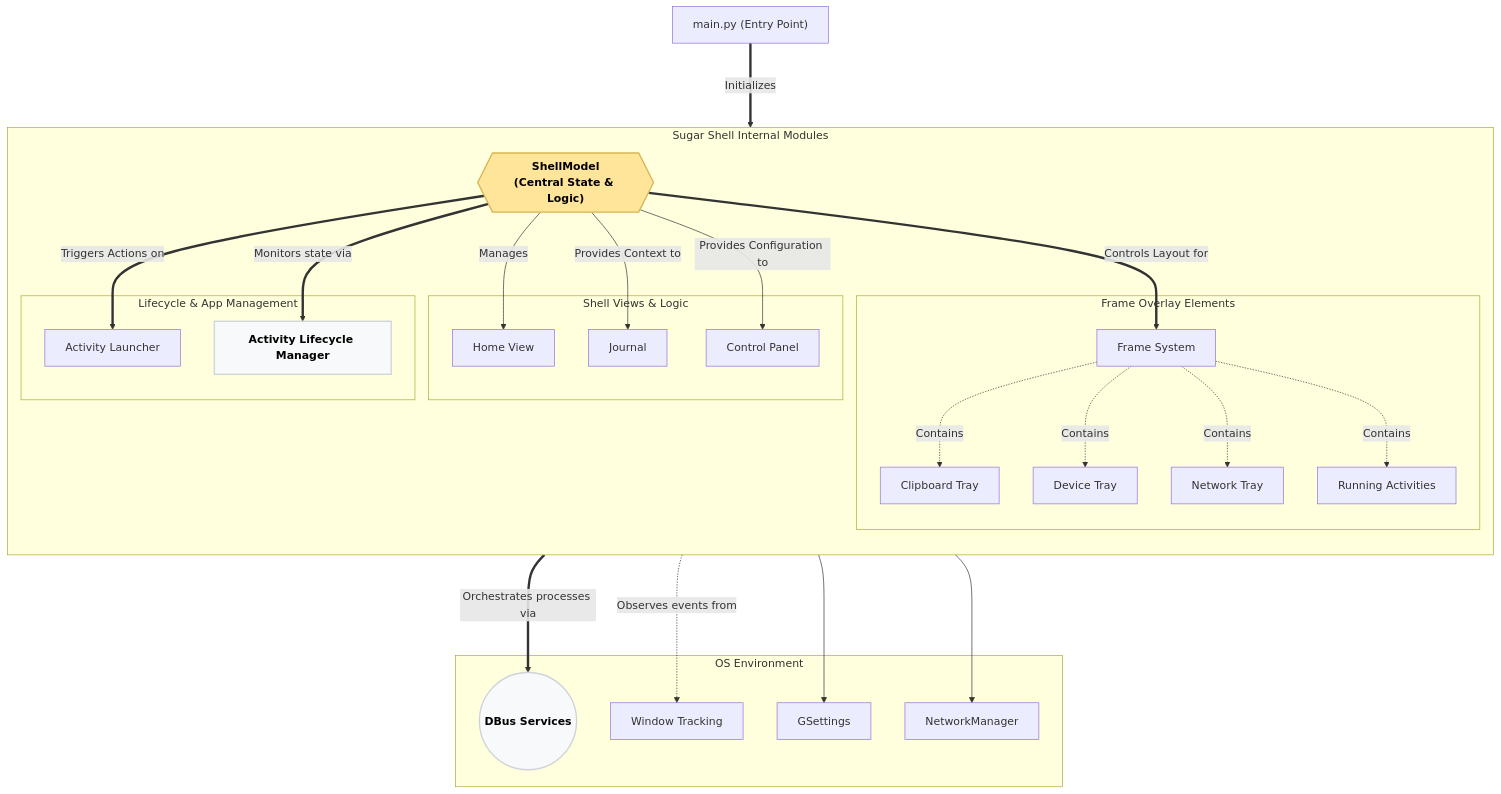
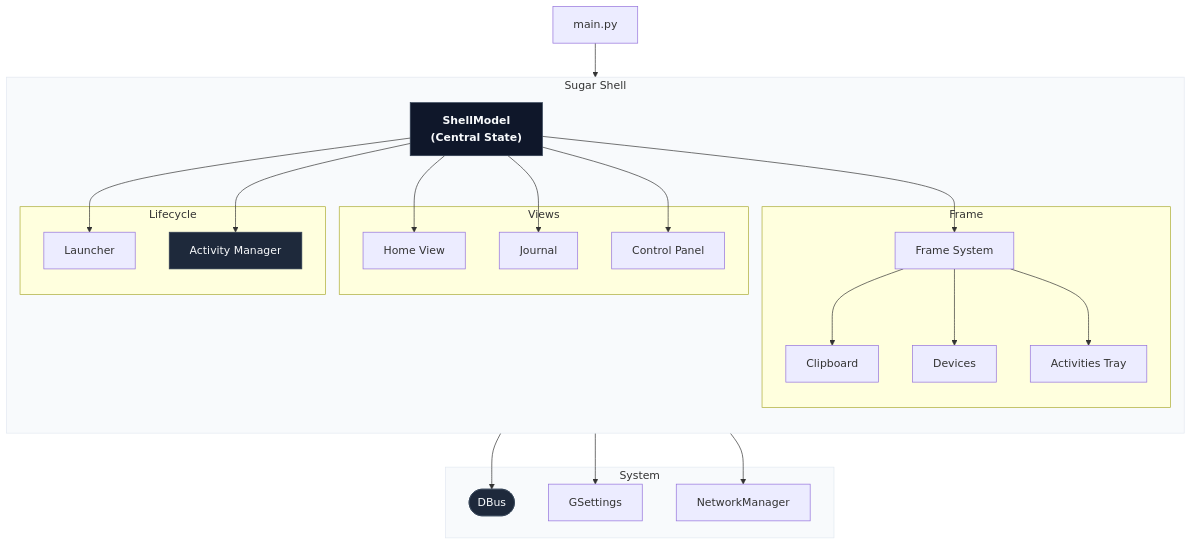
The fourth of 11 diagrams in proposal.md (Dev10-sys/sugar-proposal-gtk), drawn with Mermaid before and after one commit. The commit also changed other lines of this file, not shown here.

Commit message:
Refine diagram styles and formatting in proposal.md

````diff
--- a/proposal.md
+++ b/proposal.md
@@ -283,55 +289,53 @@
 ```mermaid
 flowchart TD
-    Main["main.py (Entry Point)"]
+    Main["main.py"]
 
-    subgraph Core ["Sugar Shell Internal Modules"]
+    subgraph Core ["Sugar Shell"]
         direction TB
-        ShellModel{{"ShellModel\n(Central State & Logic)"}}
+        ShellModel["ShellModel\n(Central State)"]
 
-        subgraph Views ["Shell Views & Logic"]
+        subgraph Views ["Views"]
             Home["Home View"]
             Journal["Journal"]
             ControlPanel["Control Panel"]
         end
 
-        subgraph FrameSystem ["Frame Overlay Elements"]
+        subgraph FrameSystem ["Frame"]
             Frame["Frame System"]
-            Clipboard["Clipboard Tray"]
-            Devices["Device Tray"]
-            Friends["Network Tray"]
-            ActivitiesTray["Running Activities"]
+            Clipboard["Clipboard"]
+            Devices["Devices"]
+            ActivitiesTray["Activities Tray"]
         end
 
-        subgraph Mngmt ["Lifecycle & App Management"]
-            Launcher["Activity Launcher"]
-            ActivityManager["Activity Lifecycle Manager"]
+        subgraph Mngmt ["Lifecycle"]
+            Launcher["Launcher"]
+            ActivityManager["Activity Manager"]
         end
     end
 
-    subgraph Env ["OS Environment"]
-        DBus(("DBus Services"))
-        WindowManager["Window Tracking"]
+    subgraph Env ["System"]
+        DBus(["DBus"])
         GSettings["GSettings"]
         NetworkManager["NetworkManager"]
     end
 
-    Main ===>|Initializes| ShellModel
-    ShellModel -->|Manages| Home
-    ShellModel -->|Provides Context to| Journal
-    ShellModel -->|Provides Configuration to| ControlPanel
-    ShellModel ==>|Controls Layout for| Frame
-    Frame -.->|Contains| Clipboard
-    Frame -.->|Contains| Devices
-    Frame -.->|Contains| Friends
-    Frame -.->|Contains| ActivitiesTray
-    ShellModel ==>|Triggers Actions on| Launcher
-    ShellModel ==>|Monitors state via| ActivityManager
-    ActivityManager ===>|Orchestrates processes via| DBus
-    ActivityManager -.->|Observes events from| WindowManager
+    Main --> ShellModel
+    ShellModel --> Home
+    ShellModel --> Journal
+    ShellModel --> ControlPanel
+    ShellModel --> Frame
+    Frame --> Clipboard
+    Frame --> Devices
+    Frame --> ActivitiesTray
+    ShellModel --> Launcher
+    ShellModel --> ActivityManager
+    ActivityManager --> DBus
     ShellModel --> GSettings
     ShellModel --> NetworkManager
 
-    style ShellModel fill:#ffe599,stroke:#d6b656,stroke-width:2px,color:#000000,font-weight:bold
-    style ActivityManager fill:#f8f9fa,stroke:#ced4da,stroke-width:2px,color:#000000,font-weight:bold
-    style DBus fill:#f8f9fa,stroke:#ced4da,stroke-width:2px,color:#000000,font-weight:bold
+    style ShellModel fill:#0f172a,stroke:#334155,color:#f8fafc,font-weight:bold
+    style ActivityManager fill:#1e293b,stroke:#334155,color:#f8fafc
+    style DBus fill:#1e293b,stroke:#334155,color:#f8fafc
+    style Core fill:#f8fafc,stroke:#e2e8f0
+    style Env fill:#f8fafc,stroke:#e2e8f0
 ```
````
